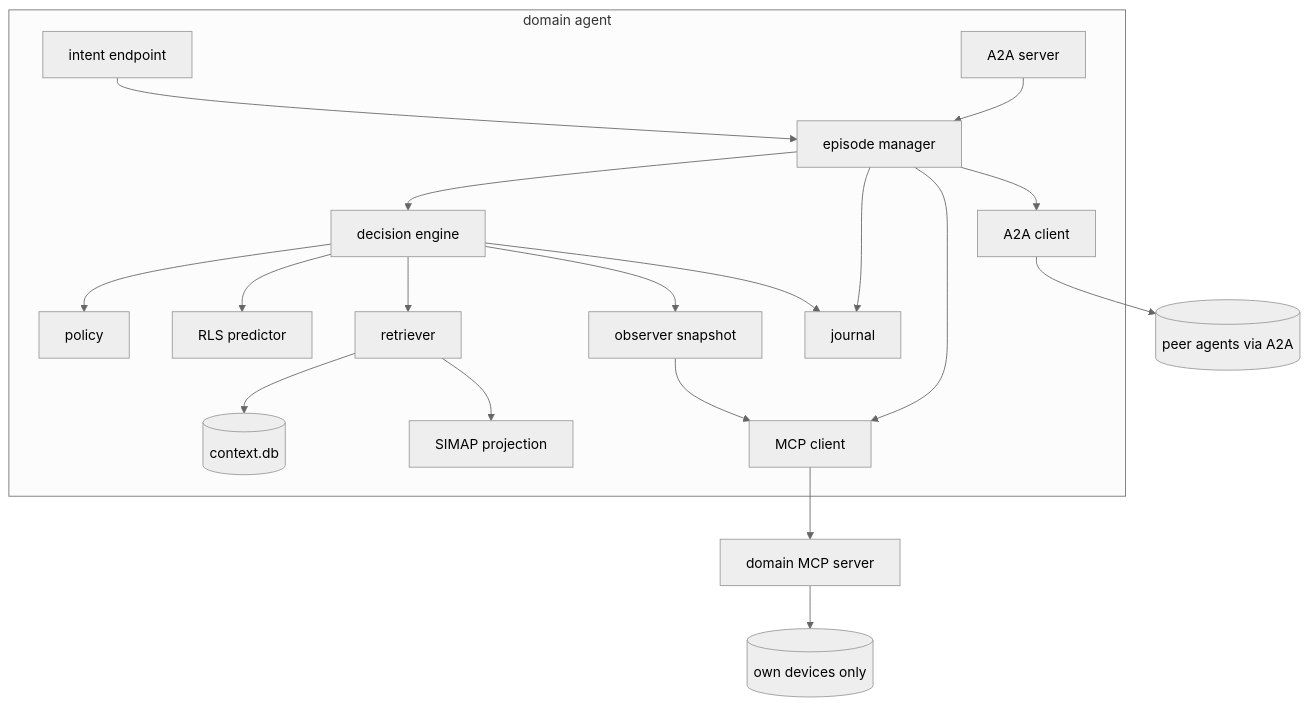
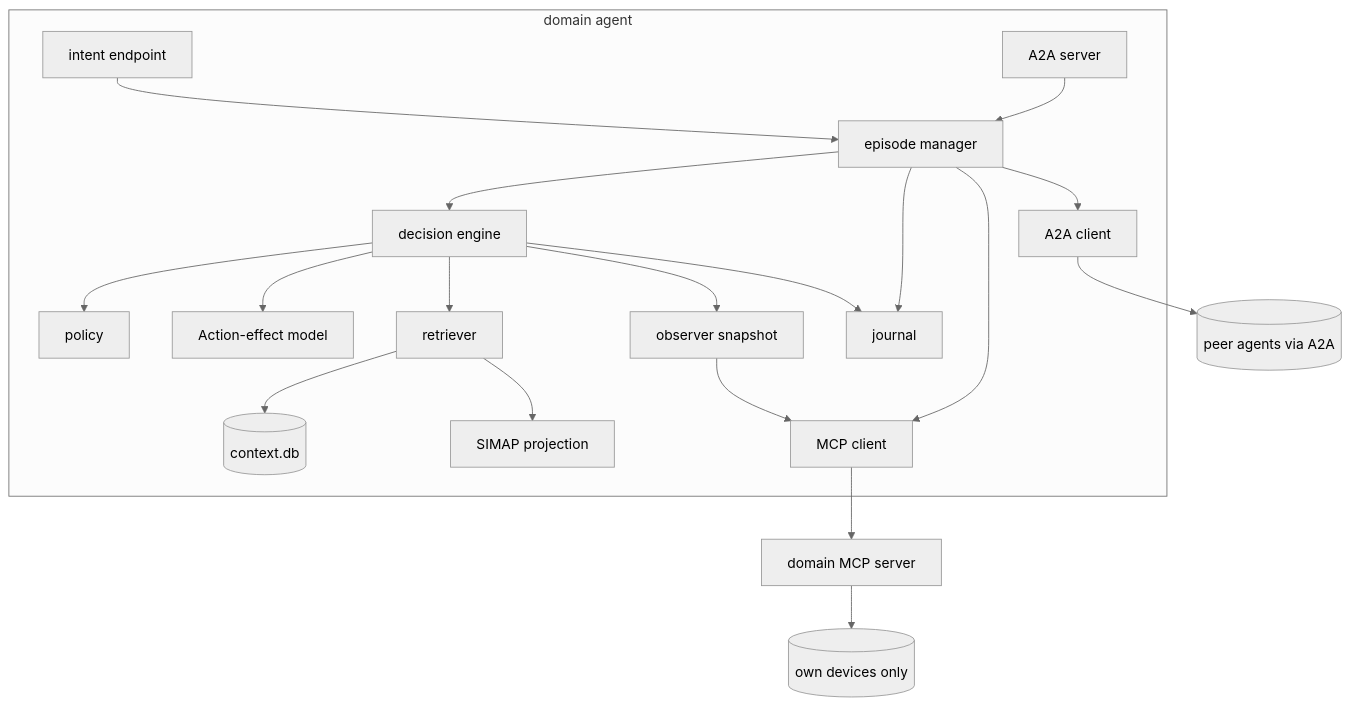
One commit to allenabishekGithub/inter-domain-automatedNetworking changed the diagram in paper-1-federated-evidence/design.md. Above: the diagram before and after it, drawn with Mermaid (neutral theme). The commit also changed other lines of this file and 15 other files, not shown here.

````diff
--- a/paper-1-federated-evidence/design.md
+++ b/paper-1-federated-evidence/design.md
@@ -291,22 +333,22 @@
 ```mermaid
 flowchart TB
     subgraph agent[domain agent]
         EP[A2A server] --> EM[episode manager]
         UI[intent endpoint] --> EM
         EM --> DE[decision engine]
         DE --> PG[policy]
-        DE --> PR[RLS predictor]
+        DE --> PR[Action-effect model]
         DE --> OB[observer snapshot]
         DE --> RT[retriever]
         RT --> CX[(context.db)]
         RT --> GR[SIMAP projection]
         EM --> PC[A2A client]
         EM --> AD[MCP client]
         OB --> AD
         EM --> JN[journal]
         DE --> JN
     end
     AD --> MCP[domain MCP server]
     MCP --> DEV[(own devices only)]
     PC --> PEERS[(peer agents via A2A)]
 ```
````
